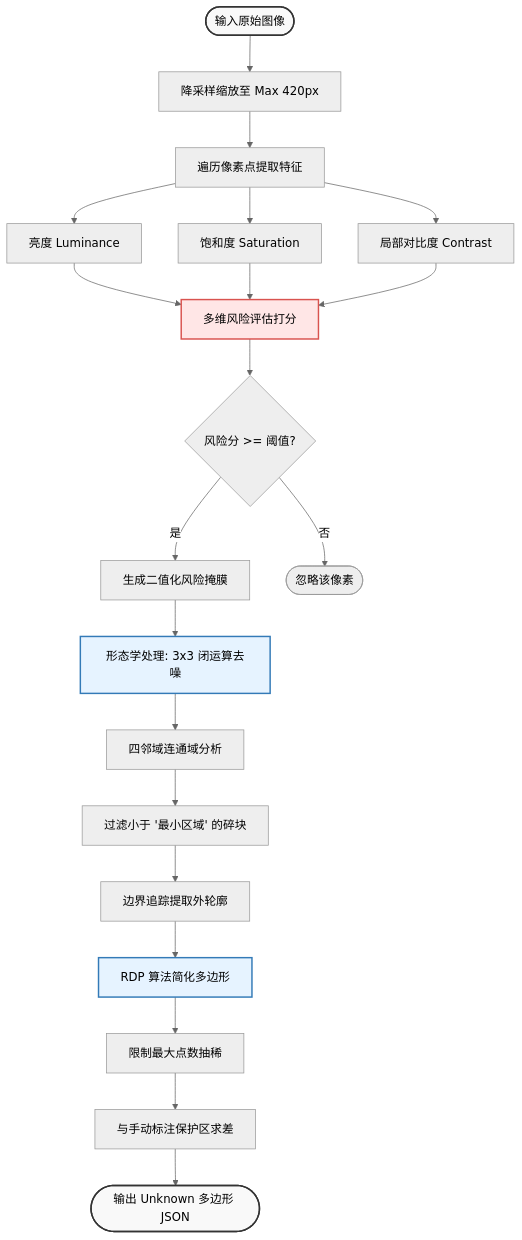
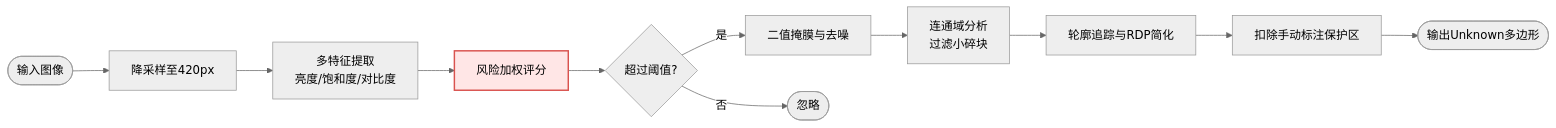
The diagram in README.md (Kan9C00L/water-gauge-annotator), drawn with Mermaid (neutral theme) before and after one commit.

````diff
--- a/README.md
+++ b/README.md
@@ -9,35 +9,15 @@
 ```mermaid
-flowchart TD
-    A([输入原始图像]) --> B[降采样缩放至 Max 420px]
-    B --> C[遍历像素点提取特征]
+flowchart LR
+    A([输入图像]) --> B[降采样至420px]
+    B --> C[多特征提取\n亮度/饱和度/对比度]
+    C --> D[风险加权评分]
+    D --> E{超过阈值?}
+    E -- 是 --> F[二值掩膜与去噪]
+    E -- 否 --> G([忽略])
+    F --> H[连通域分析\n过滤小碎块]
+    H --> I[轮廓追踪与RDP简化]
+    I --> J[扣除手动标注保护区]
+    J --> K([输出Unknown多边形])
     
-    C --> D1[亮度 Luminance]
-    C --> D2[饱和度 Saturation]
-    C --> D3[局部对比度 Contrast]
-    
-    D1 --> E[多维风险评估打分]
-    D2 --> E
-    D3 --> E
-    
-    E --> F{风险分 >= 阈值?}
-    
-    F -- 是 --> G[生成二值化风险掩膜]
-    F -- 否 --> H([忽略该像素])
-    
-    G --> I[形态学处理: 3x3 闭运算去噪]
-    I --> J[四邻域连通域分析]
-    J --> K[过滤小于 '最小区域' 的碎块]
-    
-    K --> L[边界追踪提取外轮廓]
-    L --> M[RDP 算法简化多边形]
-    M --> N[限制最大点数抽稀]
-    
-    N --> O[与手动标注保护区求差]
-    O --> P([输出 Unknown 多边形 JSON])
-    
-    style A fill:#f9f9f9,stroke:#333,stroke-width:2px
-    style P fill:#f9f9f9,stroke:#333,stroke-width:2px
-    style E fill:#ffe6e6,stroke:#d9534f,stroke-width:2px
-    style I fill:#e6f3ff,stroke:#337ab7,stroke-width:2px
-    style M fill:#e6f3ff,stroke:#337ab7,stroke-width:2px
+    style D fill:#ffe6e6,stroke:#d9534f,stroke-width:2px
 ```
````
